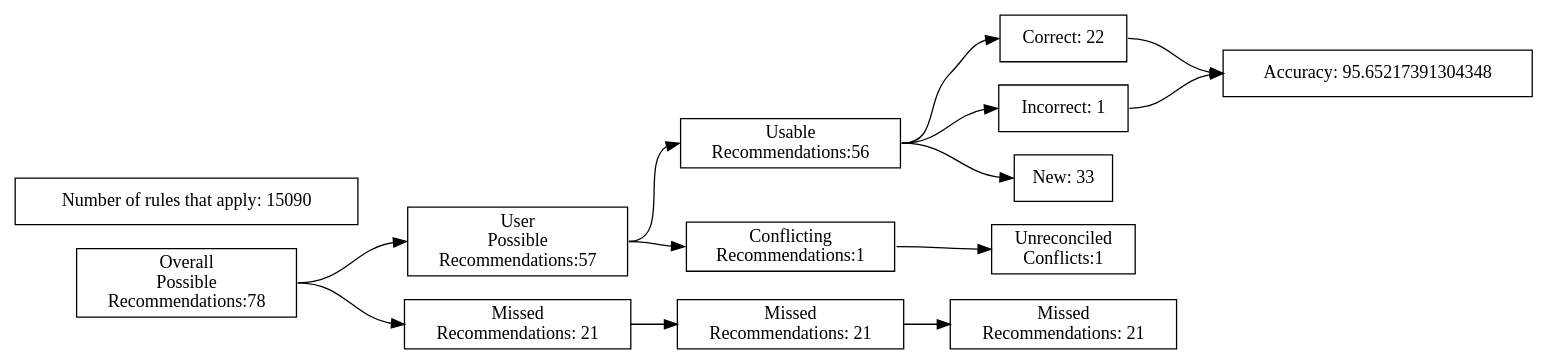
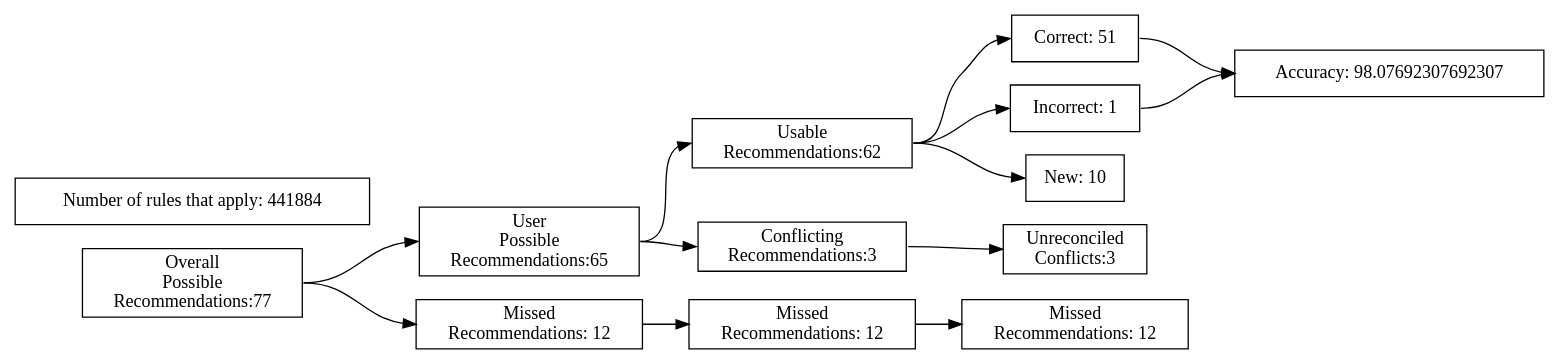
One commit to ZaxR/ibd_diet_analysis changed the diagram in test_renders/102.gv. Above: the diagram before and after it, drawn with Graphviz. The commit also changed 224 other files, not shown here.

Commit message:
Add model summary chart; fix typos

```diff
--- a/test_renders/102.gv
+++ b/test_renders/102.gv
@@ -1,40 +1,40 @@
 digraph {
 	graph [rankdir=LR]
 	node [pos=r shape=box]
 	edge [headport=w tailport=e]
 		A [label="Overall
 Possible
-Recommendations:78"]
+Recommendations:77"]
 		B [label="User
 Possible
-Recommendations:57"]
+Recommendations:65"]
 		C [label="Missed
-Recommendations: 21"]
+Recommendations: 12"]
 		D [label="Usable
-Recommendations:56"]
+Recommendations:62"]
 		E [label="Conflicting
-Recommendations:1"]
+Recommendations:3"]
 		J [label="Missed
-Recommendations: 21"]
+Recommendations: 12"]
 		M [label="Unreconciled
-Conflicts:1"]
-		F [label="Correct: 22"]
+Conflicts:3"]
+		F [label="Correct: 51"]
 		G [label="Incorrect: 1"]
-		H [label="New: 33"]
+		H [label="New: 10"]
 		K [label="Missed
-Recommendations: 21"]
-		I [label="Accuracy: 95.65217391304348"]
-		l [label="Number of rules that apply: 15090"]
+Recommendations: 12"]
+		I [label="Accuracy: 98.07692307692307"]
+		l [label="Number of rules that apply: 441884"]
 			A -> B
 			A -> C
 			B -> D
 			B -> E
 			D -> F
 			D -> G
 			D -> H
 			F -> I
 			G -> I
 			C -> J
 			J -> K
 			E -> M
 }
```
